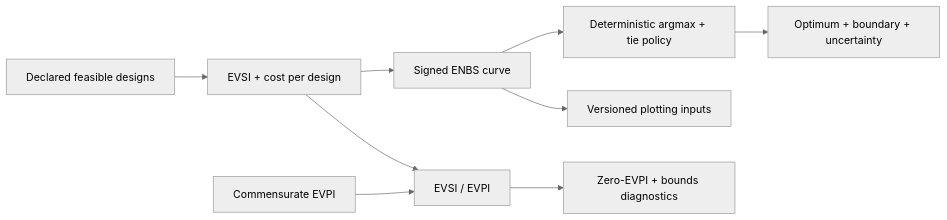
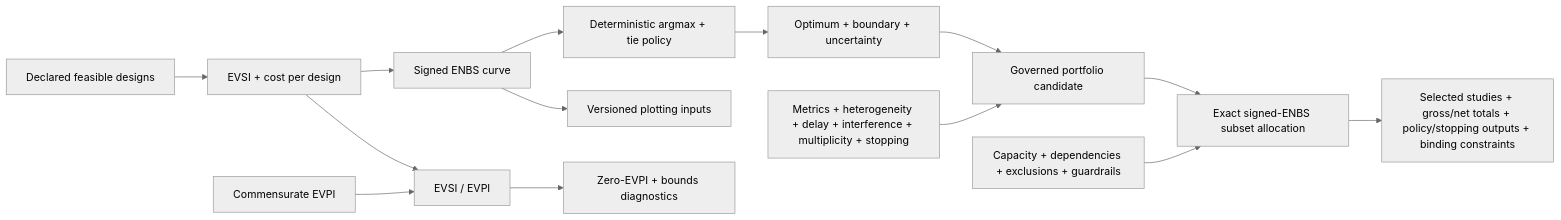
The diagram in conductor/tracks/study_design_efficiency_20260727/design.md (edithatogo/voiage), drawn with Mermaid (neutral theme) before and after one commit. The commit also changed 57 other files, not shown here.

````diff
--- a/conductor/tracks/study_design_efficiency_20260727/design.md
+++ b/conductor/tracks/study_design_efficiency_20260727/design.md
@@ -3,11 +3,16 @@
 ```mermaid
 flowchart LR
     Designs["Declared feasible designs"] --> Evaluate["EVSI + cost per design"]
     Evaluate --> Curve["Signed ENBS curve"]
     Curve --> Select["Deterministic argmax + tie policy"]
     Select --> Optimum["Optimum + boundary + uncertainty"]
     Curve --> Plot["Versioned plotting inputs"]
     EVPI["Commensurate EVPI"] --> Ratio["EVSI / EVPI"]
     Evaluate --> Ratio
     Ratio --> Guard["Zero-EVPI + bounds diagnostics"]
+    Optimum --> Candidate["Governed portfolio candidate"]
+    Semantics["Metrics + heterogeneity + delay + interference + multiplicity + stopping"] --> Candidate
+    Candidate --> Portfolio["Exact signed-ENBS subset allocation"]
+    Constraints["Capacity + dependencies + exclusions + guardrails"] --> Portfolio
+    Portfolio --> Allocation["Selected studies + gross/net totals + policy/stopping outputs + binding constraints"]
 ```
````
